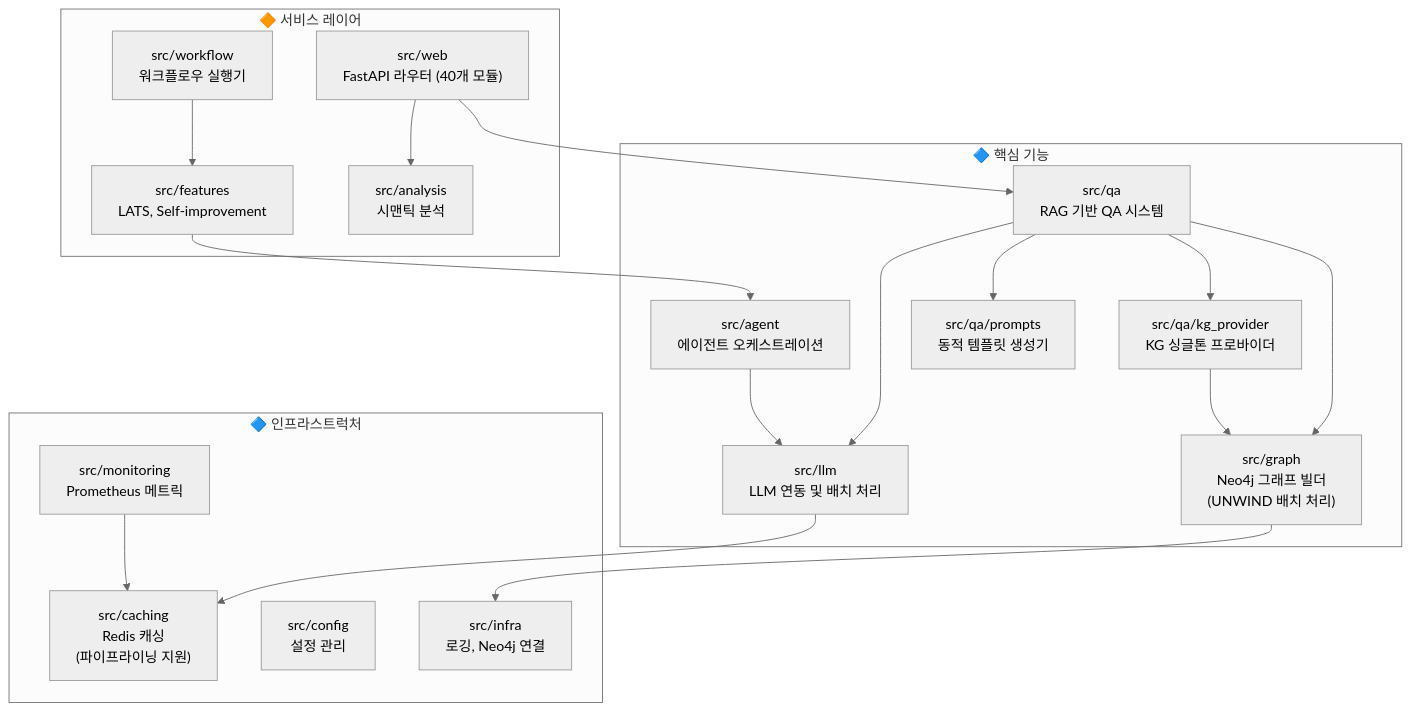
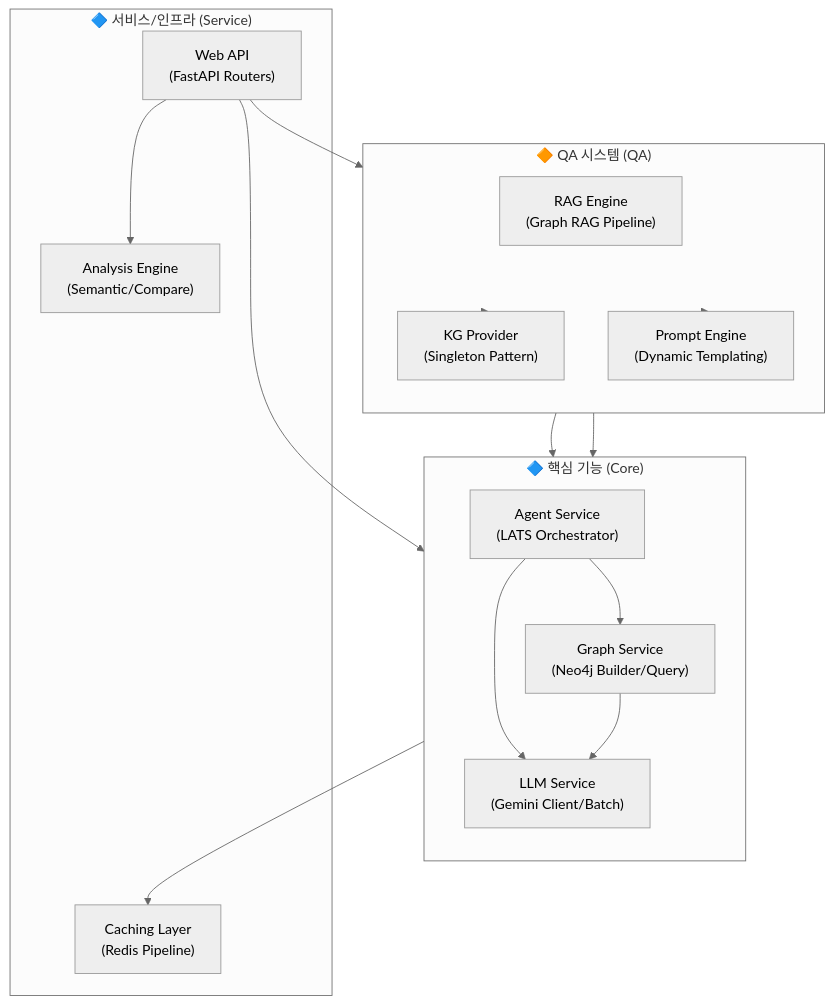
Before and after one commit to hamtoy/Test: the diagram in devplan/Project_Evaluation_Report.md, drawn with Mermaid (neutral theme). The commit also changed other lines of this file and 7 other files, not shown here.

````diff
--- a/devplan/Project_Evaluation_Report.md
+++ b/devplan/Project_Evaluation_Report.md
@@ -44,39 +27,37 @@
 ```mermaid
 flowchart TB
-    subgraph Core["🔷 핵심 기능"]
-        LLM["src/llm<br/>LLM 연동 및 배치 처리"]
-        Agent["src/agent<br/>에이전트 오케스트레이션"]
-        Graph["src/graph<br/>Neo4j 그래프 빌더<br/>(UNWIND 배치 처리)"]
-        QA["src/qa<br/>RAG 기반 QA 시스템"]
-        KGProvider["src/qa/kg_provider<br/>KG 싱글톤 프로바이더"]
-        Prompts["src/qa/prompts<br/>동적 템플릿 생성기"]
+    subgraph Core["🔷 핵심 기능 (Core)"]
+        direction TB
+        Agent["Agent Service<br/>(LATS Orchestrator)"]
+        Graph["Graph Service<br/>(Neo4j Builder/Query)"]
+        LLM["LLM Service<br/>(Gemini Client/Batch)"]
     end
-    
-    subgraph Services["🔶 서비스 레이어"]
-        Web["src/web<br/>FastAPI 라우터 (40개 모듈)"]
-        Features["src/features<br/>LATS, Self-improvement"]
-        Analysis["src/analysis<br/>시맨틱 분석"]
-        Workflow["src/workflow<br/>워크플로우 실행기"]
+
+    subgraph QA["🔶 QA 시스템 (QA)"]
+        direction TB
+        RAG["RAG Engine<br/>(Graph RAG Pipeline)"]
+        KG["KG Provider<br/>(Singleton Pattern)"]
+        Prompts["Prompt Engine<br/>(Dynamic Templating)"]
     end
-    
-    subgraph Infra["🔷 인프라스트럭처"]
-        Cache["src/caching<br/>Redis 캐싱<br/>(파이프라이닝 지원)"]
-        Monitor["src/monitoring<br/>Prometheus 메트릭"]
-        Config["src/config<br/>설정 관리"]
-        Infra2["src/infra<br/>로깅, Neo4j 연결"]
+
+    subgraph Service["🔷 서비스/인프라 (Service)"]
+        Web["Web API<br/>(FastAPI Routers)"]
+        Analysis["Analysis Engine<br/>(Semantic/Compare)"]
+        Cache["Caching Layer<br/>(Redis Pipeline)"]
     end
-    
+
     Web --> QA
     Web --> Analysis
+    Web --> Agent
+    
+    QA --> KG
+    QA --> Prompts
     QA --> Graph
     QA --> LLM
-    QA --> KGProvider
-    QA --> Prompts
-    KGProvider --> Graph
+    
     Agent --> LLM
-    Features --> Agent
-    Workflow --> Features
-    Graph --> Infra2
+    Agent --> Graph
+    
+    Graph --> LLM
     LLM --> Cache
-    Monitor --> Cache
 ```
````
